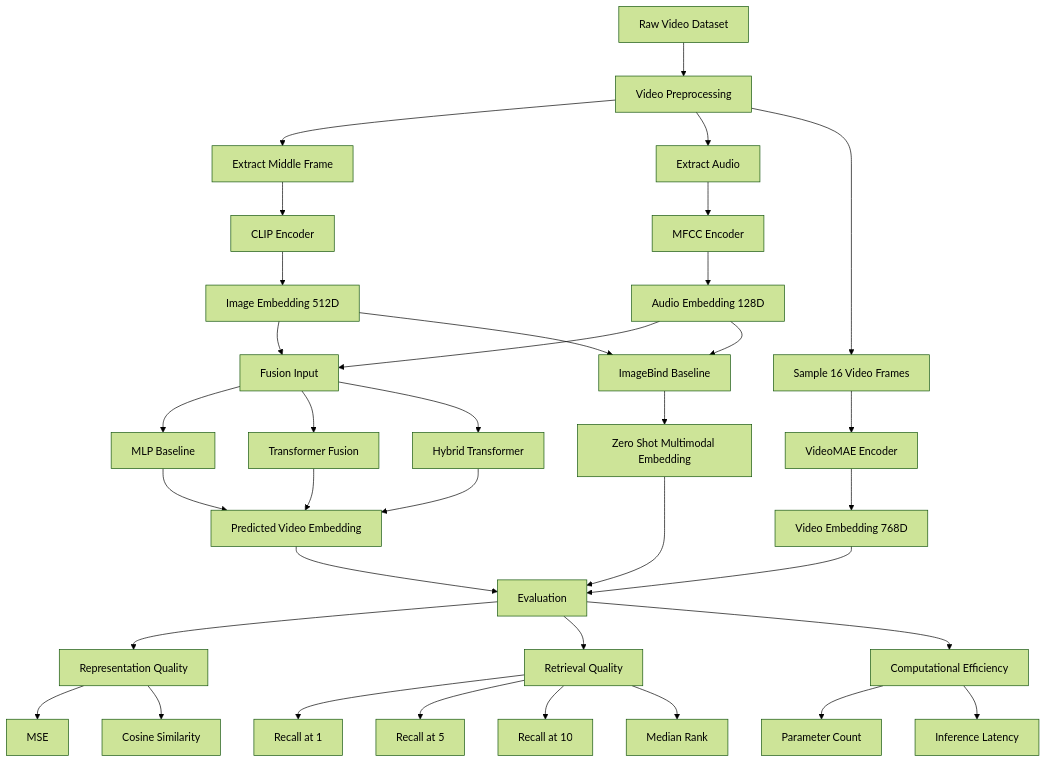
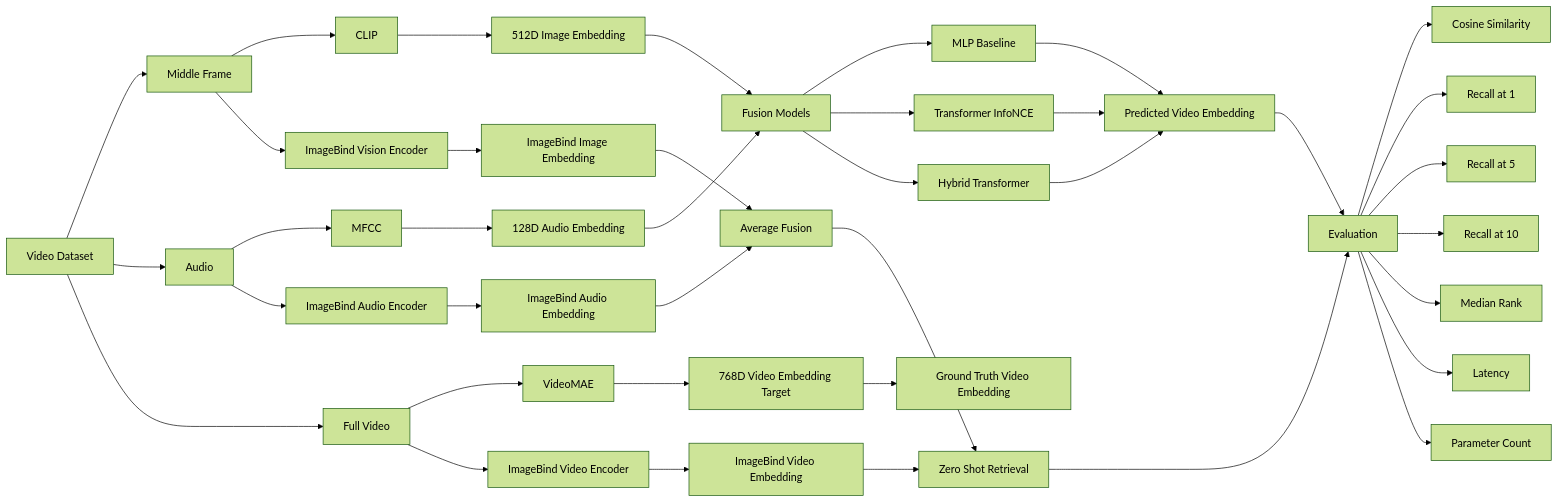
The diagram in README.md (Tushika2024/MultiModal_AI), drawn with Mermaid (forest theme) before and after one commit.

````diff
--- a/README.md
+++ b/README.md
@@ -27,54 +27,64 @@
 ```mermaid
-flowchart TD
+flowchart LR
 
-A[Raw Video Dataset] --> B[Video Preprocessing]
+A[Video Dataset]
 
-B --> C[Extract Middle Frame]
-B --> D[Extract Audio]
-B --> E[Sample 16 Video Frames]
+A --> B[Middle Frame]
+A --> C[Audio]
+A --> D[Full Video]
 
-C --> F[CLIP Encoder]
-D --> G[MFCC Encoder]
-E --> H[VideoMAE Encoder]
+%% Proposed Method
 
-F --> I[Image Embedding 512D]
-G --> J[Audio Embedding 128D]
-H --> K[Video Embedding 768D]
+B --> E[CLIP]
+C --> F[MFCC]
+D --> G[VideoMAE]
 
-I --> L[Fusion Input]
-J --> L
+E --> H[512D Image Embedding]
+F --> I[128D Audio Embedding]
+G --> J[768D Video Embedding Target]
 
-L --> M[MLP Baseline]
-L --> N[Transformer Fusion]
-L --> O[Hybrid Transformer]
+H --> K[Fusion Models]
+I --> K
 
-M --> P[Predicted Video Embedding]
-N --> P
-O --> P
+K --> L[MLP Baseline]
+K --> M[Transformer InfoNCE]
+K --> N[Hybrid Transformer]
 
-P --> Q[Evaluation]
+L --> O[Predicted Video Embedding]
+M --> O
+N --> O
 
-K --> Q
+J --> P[Ground Truth Video Embedding]
 
-I --> R[ImageBind Baseline]
-J --> R
+O --> Q[Evaluation]
 
-R --> S[Zero Shot Multimodal Embedding]
+%% ImageBind Baseline
 
-S --> Q
+B --> R[ImageBind Vision Encoder]
+C --> S[ImageBind Audio Encoder]
+D --> T[ImageBind Video Encoder]
 
-Q --> T[Representation Quality]
-Q --> U[Retrieval Quality]
-Q --> V[Computational Efficiency]
+R --> U[ImageBind Image Embedding]
+S --> V[ImageBind Audio Embedding]
 
-T --> T1[MSE]
-T --> T2[Cosine Similarity]
+U --> W[Average Fusion]
+V --> W
 
-U --> U1[Recall at 1]
-U --> U2[Recall at 5]
-U --> U3[Recall at 10]
-U --> U4[Median Rank]
+T --> X[ImageBind Video Embedding]
 
-V --> V1[Parameter Count]
-V --> V2[Inference Latency]
+W --> Y[Zero Shot Retrieval]
+
+X --> Y
+
+Y --> Q
+
+%% Metrics
+
+Q --> AA[Cosine Similarity]
+Q --> AB[Recall at 1]
+Q --> AC[Recall at 5]
+Q --> AD[Recall at 10]
+Q --> AE[Median Rank]
+Q --> AF[Latency]
+Q --> AG[Parameter Count]
 ```
````
